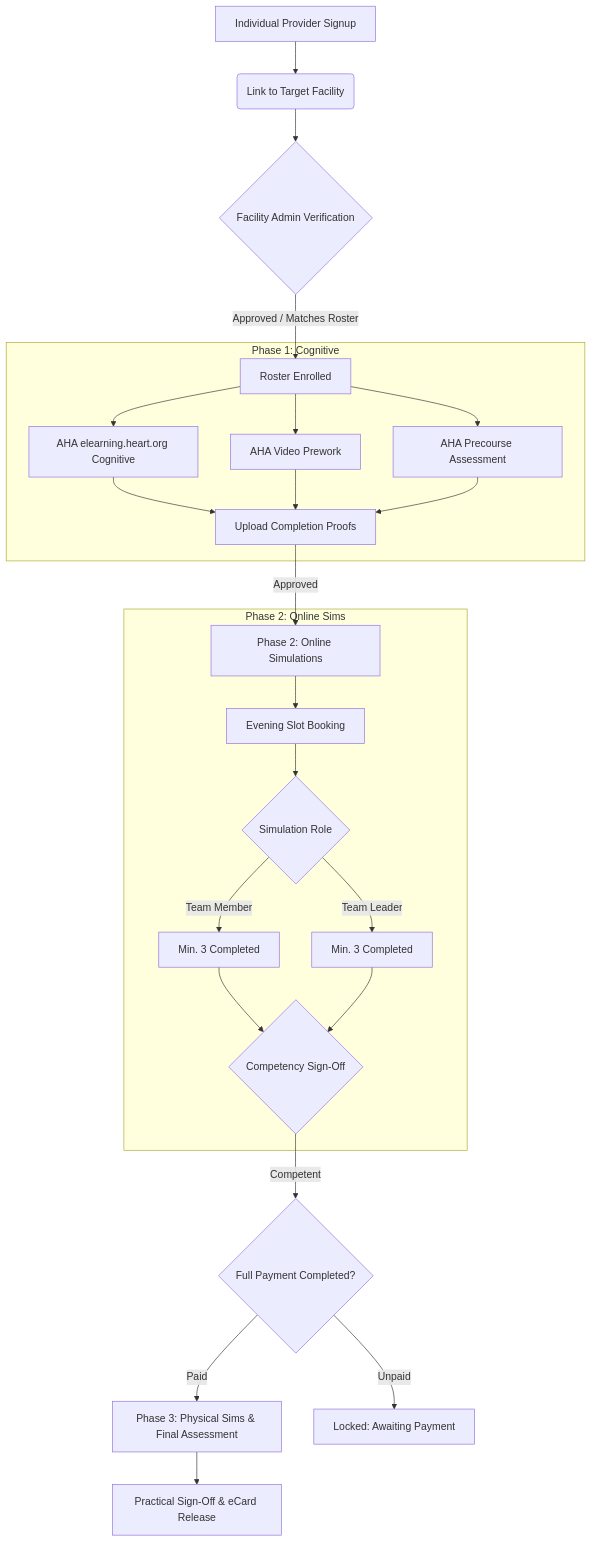
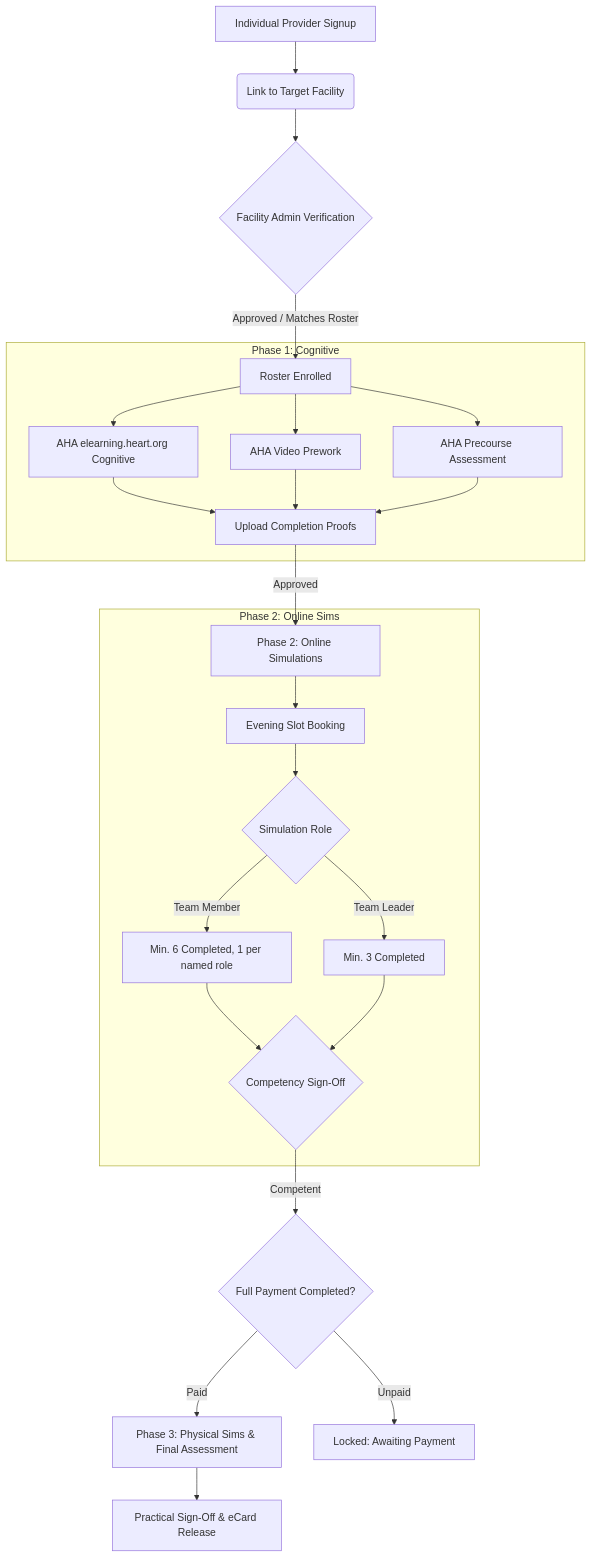
The diagram in docs/COHORT_ACLS_PROGRAM_INTEGRATION.md (karuejob-max/paeds_resus_app), drawn with Mermaid before and after one commit. The commit also changed other lines of this file and 4 other files, not shown here.

````diff
--- a/docs/COHORT_ACLS_PROGRAM_INTEGRATION.md
+++ b/docs/COHORT_ACLS_PROGRAM_INTEGRATION.md
@@ -9,29 +17,29 @@
 ```mermaid
 graph TD
     A[Individual Provider Signup] --> B(Link to Target Facility)
     B --> C{Facility Admin Verification}
     C -->|Approved / Matches Roster| D[Roster Enrolled]
     
     subgraph "Phase 1: Cognitive"
         D --> P1_A[AHA elearning.heart.org Cognitive]
         D --> P1_B[AHA Video Prework]
         D --> P1_C[AHA Precourse Assessment]
         P1_A & P1_B & P1_C --> P1_Submit[Upload Completion Proofs]
     end
 
     P1_Submit -->|Approved| Phase2[Phase 2: Online Simulations]
 
     subgraph "Phase 2: Online Sims"
         Phase2 --> P2_Book[Evening Slot Booking]
         P2_Book --> P2_Role{Simulation Role}
-        P2_Role -->|Team Member| P2_Mem[Min. 3 Completed]
+        P2_Role -->|Team Member| P2_Mem[Min. 6 Completed, 1 per named role]
         P2_Role -->|Team Leader| P2_Led[Min. 3 Completed]
         P2_Mem & P2_Led --> P2_Comp{Competency Sign-Off}
     end
 
     P2_Comp -->|Competent| Phase3_Check{Full Payment Completed?}
     Phase3_Check -->|Paid| Phase3[Phase 3: Physical Sims & Final Assessment]
     Phase3_Check -->|Unpaid| Phase3_Lock[Locked: Awaiting Payment]
     
     Phase3 --> Final_Grading[Practical Sign-Off & eCard Release]
 ```
````
